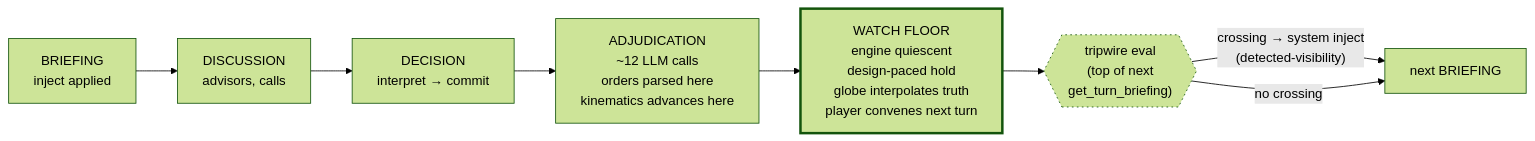
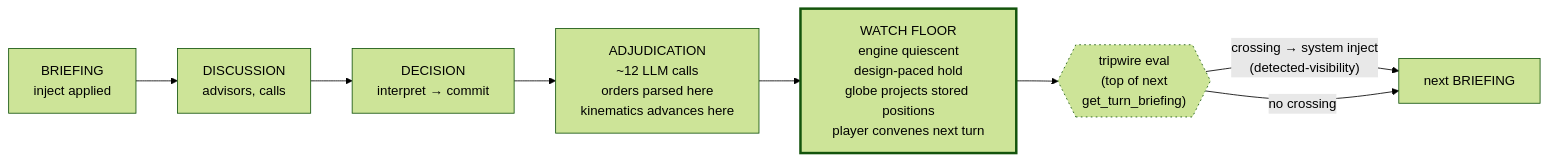
The third of 5 diagrams in docs/XR_GLOBE_COMPONENT_MAP.md (earlyprototype/false-flag), drawn with Mermaid (forest theme) before and after one commit. The commit also changed other lines of this file and 2 other files, not shown here.

First line of the commit message:
docs: replace truth/lie metaphors with mechanical language throughout

````diff
--- a/docs/XR_GLOBE_COMPONENT_MAP.md
+++ b/docs/XR_GLOBE_COMPONENT_MAP.md
@@ -119,13 +119,13 @@
 ```mermaid
 flowchart LR
   B["BRIEFING\ninject applied"] --> D["DISCUSSION\nadvisors, calls"]
   D --> DE["DECISION\ninterpret → commit"]
   DE --> A["ADJUDICATION\n~12 LLM calls\norders parsed here\nkinematics advances here"]
-  A --> W["WATCH FLOOR\nengine quiescent\ndesign-paced hold\nglobe interpolates truth\nplayer convenes next turn"]
+  A --> W["WATCH FLOOR\nengine quiescent\ndesign-paced hold\nglobe projects stored positions\nplayer convenes next turn"]
   W --> T{{"tripwire eval\n(top of next\nget_turn_briefing)"}}
   T -->|"crossing → system inject\n(detected-visibility)"| B2["next BRIEFING"]
   T -->|no crossing| B2
 
   style W stroke-width:3px
   style T stroke-dasharray:2 4
 ```
````
